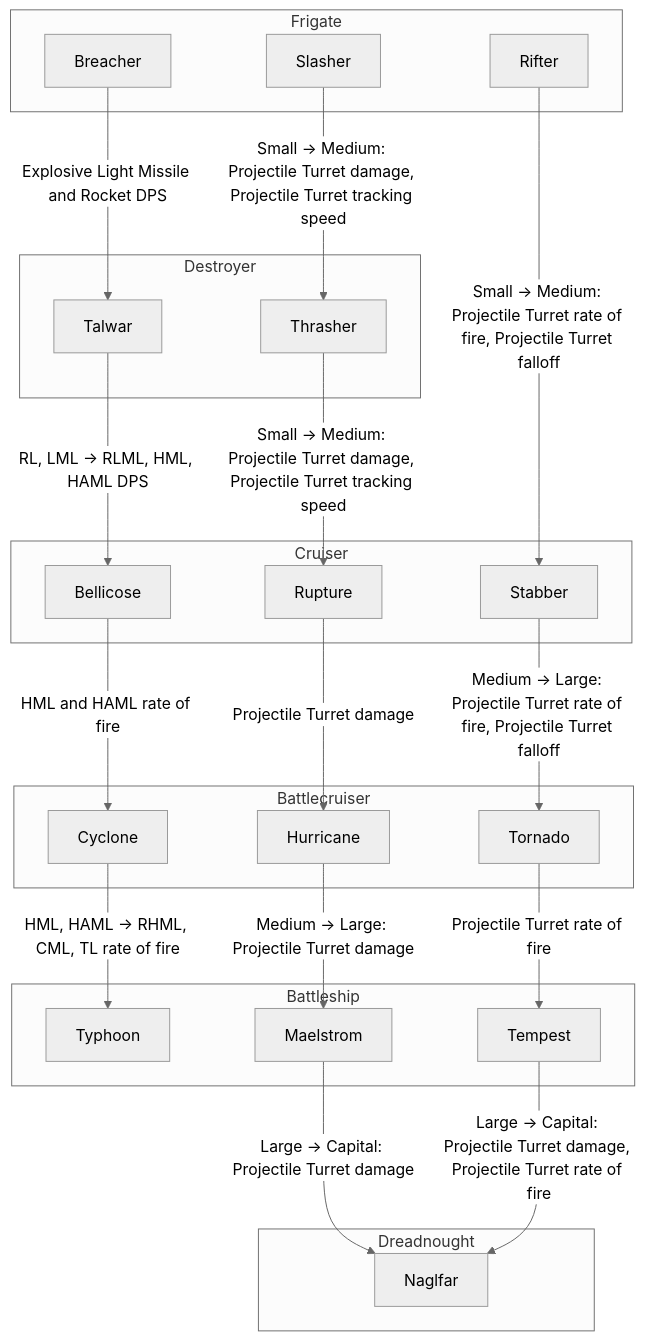
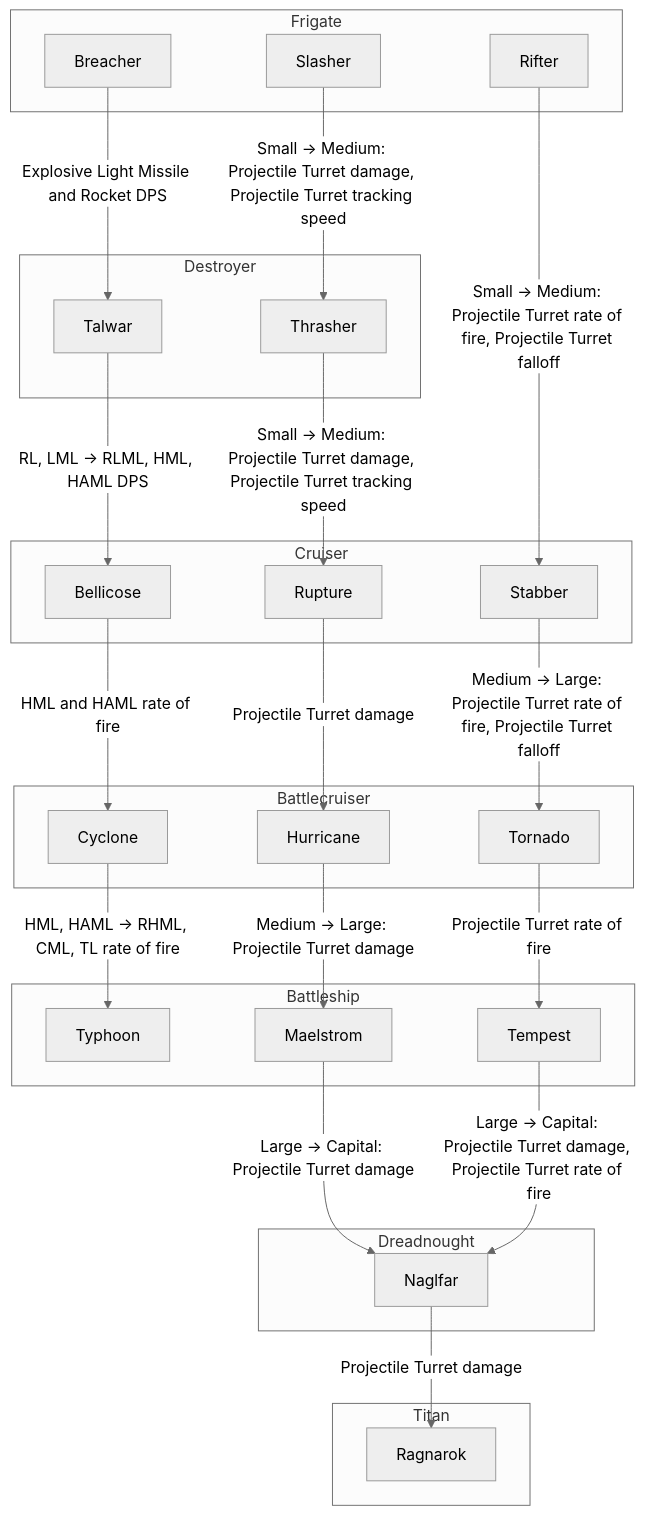
Before and after one commit to Skybladev2/EveShipsProgression: the diagram in README.md, drawn with Mermaid (neutral theme).

Commit message:
Add Ragnarok

````diff
--- a/README.md
+++ b/README.md
@@ -5,47 +5,51 @@
 ```mermaid
 flowchart
 	
 	
 	
 	subgraph s1["Frigate"]
 		n10["Breacher"]
 		n5["Slasher"]
 		n1["Rifter"]
 	end
 	n1
 	subgraph s2["Cruiser"]
 		n12["Bellicose"]
 		n7["Rupture"]
 		n2["Stabber"]
 	end
 	n1 -->|"Small -> Medium: Projectile Turret rate of fire, Projectile Turret falloff"| n2
 	subgraph s3["Battlecruiser"]
 		n13["Cyclone"]
 		n8["Hurricane"]
 		n3["Tornado"]
 	end
 	n2 -->|"Medium -> Large: Projectile Turret rate of fire, Projectile Turret falloff"| n3
 	subgraph s4["Battleship"]
 		n14["Typhoon"]
 		n9["Maelstrom"]
 		n4["Tempest"]
 	end
 	n3 -->|"Projectile Turret rate of fire"| n4
 	subgraph s5["Destroyer"]
 		n11["Talwar"]
 		n6["Thrasher"]
 	end
 	n5 -->|"Small -> Medium: Projectile Turret damage, Projectile Turret tracking speed"| n6
 	n6 -->|"Small -> Medium: Projectile Turret damage, Projectile Turret tracking speed"| n7
 	n7 -->|"Projectile Turret damage"| n8
 	n8 -->|"Medium -> Large: Projectile Turret damage"| n9
 	n10 -->|"Explosive Light Missile and Rocket DPS"| n11
 	n11 -->|"RL, LML -> RLML, HML, HAML DPS"| n12
 	n12 -->|"HML and HAML rate of fire"| n13
 	n13 -->|" HML, HAML -> RHML, CML, TL rate of fire"| n14
 	subgraph s6["Dreadnought"]
 		n15["Naglfar"]
 	end
 	n4 -->|"Large -> Capital: Projectile Turret damage, Projectile Turret rate of fire"| n15
 	n9 -->|"Large -> Capital: Projectile Turret damage"| n15
+	subgraph s7["Titan"]
+		n16["Ragnarok"]
+	end
+	n15 -->|"Projectile Turret damage"| n16
 ```
````
